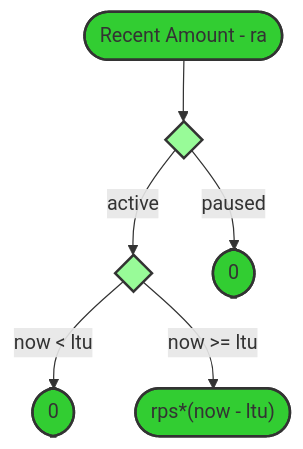
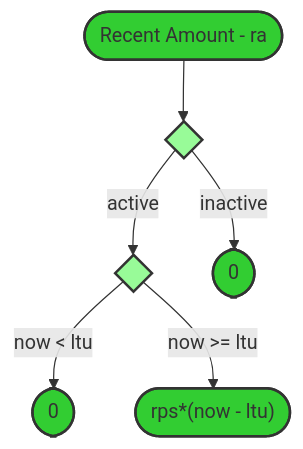
The fifth of 8 diagrams in diagrams.md (sablier-labs/flow), drawn with Mermaid before and after one commit. The commit also changed other lines of this file and 3 other files, not shown here.

````diff
--- a/diagrams.md
+++ b/diagrams.md
@@ -158,18 +171,18 @@
 ```mermaid
 flowchart TD
 rca([Recent Amount - ra]):::green1
 di0{ }:::green0
 di1{ }:::green0
 res_00([0 ]):::green1
 res_01([0 ]):::green1
 res_rca(["rps*(now - ltu)"]):::green1
 
 rca --> di0
 di0 -- "active" --> di1
-di0 -- "paused" --> res_00
+di0 -- "inactive" --> res_00
 di1 -- "now < ltu" --> res_01
 di1 -- "now >= ltu" --> res_rca
 
 classDef green0 fill:#98FB98,stroke:#333,stroke-width:2px;
 classDef green1 fill:#32cd32,stroke:#333,stroke-width:2px;
 ```
````
